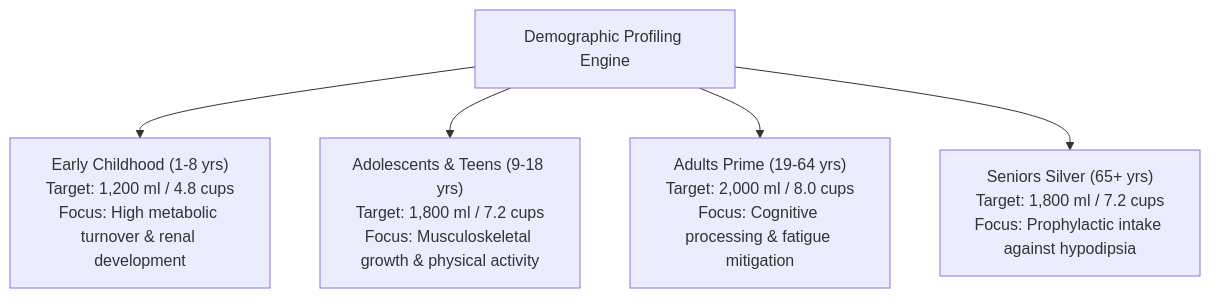
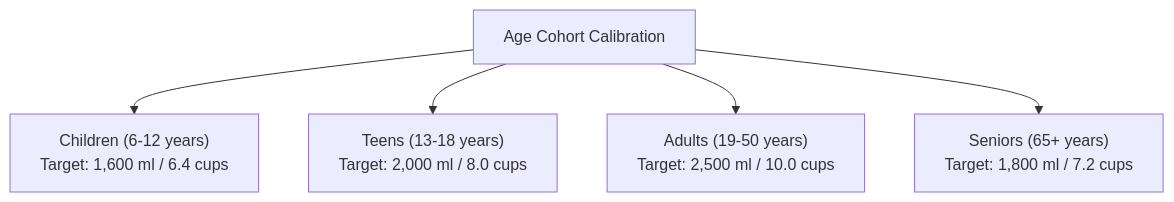
Before and after one commit to parthibcpana/IDAI102-1000544-PARTH-PARVINBHAI-GAJERA: the second of 7 diagrams in README.md, drawn with Mermaid. The commit also changed other lines of this file and 11 other files, not shown here.

````diff
--- a/README.md
+++ b/README.md
@@ -107,7 +88,7 @@
 ```mermaid
 flowchart TD
-    DemographicAssessment["Demographic Profiling Engine"] --> Cohort1["Early Childhood (1-8 yrs)<br>Target: 1,200 ml / 4.8 cups<br>Focus: High metabolic turnover & renal development"]
-    DemographicAssessment --> Cohort2["Adolescents & Teens (9-18 yrs)<br>Target: 1,800 ml / 7.2 cups<br>Focus: Musculoskeletal growth & physical activity"]
-    DemographicAssessment --> Cohort3["Adults Prime (19-64 yrs)<br>Target: 2,000 ml / 8.0 cups<br>Focus: Cognitive processing & fatigue mitigation"]
-    DemographicAssessment --> Cohort4["Seniors Silver (65+ yrs)<br>Target: 1,800 ml / 7.2 cups<br>Focus: Prophylactic intake against hypodipsia"]
+    CohortSelect["Age Cohort Calibration"] --> C1["Children (6-12 years)<br>Target: 1,600 ml / 6.4 cups"]
+    CohortSelect --> C2["Teens (13-18 years)<br>Target: 2,000 ml / 8.0 cups"]
+    CohortSelect --> C3["Adults (19-50 years)<br>Target: 2,500 ml / 10.0 cups"]
+    CohortSelect --> C4["Seniors (65+ years)<br>Target: 1,800 ml / 7.2 cups"]
 ```
````
